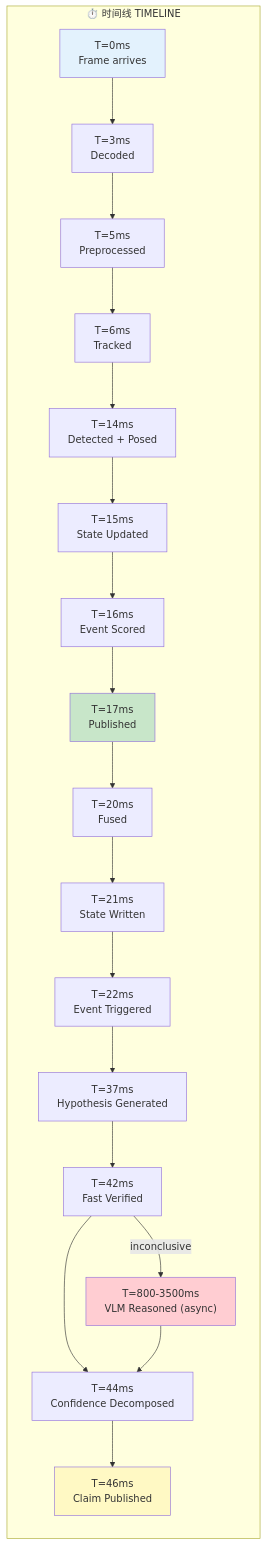
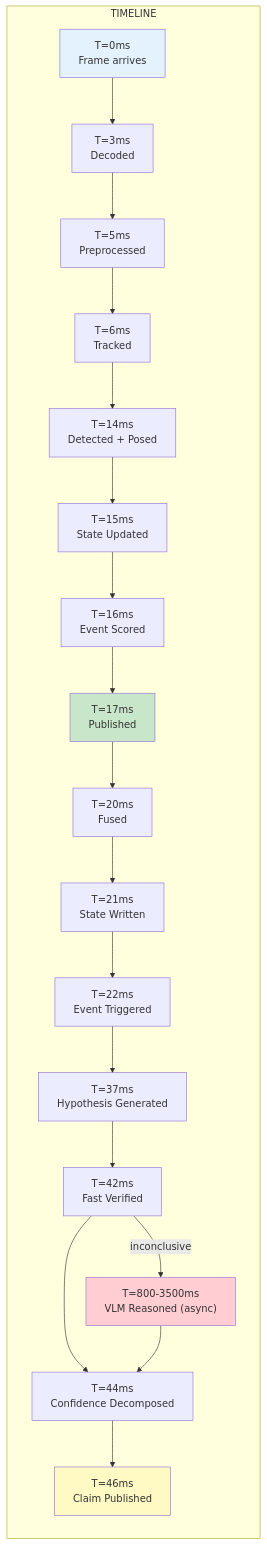
The second of 7 diagrams in 02_architecture/diagrams/04_master_architecture.md (patchyevolve/MULTImodalResoner-Rese), drawn with Mermaid before and after one commit. The commit also changed other lines of this file, not shown here.

First line of the commit message:
Fix master architecture diagrams: remove Chinese text, fix Mermaid syntax

````diff
--- a/02_architecture/diagrams/04_master_architecture.md
+++ b/02_architecture/diagrams/04_master_architecture.md
@@ -306,31 +235,31 @@
 ```mermaid
 graph LR
-    subgraph TIME["⏱️ 时间线 TIMELINE"]
+    subgraph TIMELINE["TIMELINE"]
         T0["T=0ms<br/>Frame arrives"]
         T3["T=3ms<br/>Decoded"]
         T5["T=5ms<br/>Preprocessed"]
         T6["T=6ms<br/>Tracked"]
         T14["T=14ms<br/>Detected + Posed"]
         T15["T=15ms<br/>State Updated"]
         T16["T=16ms<br/>Event Scored"]
         T17["T=17ms<br/>Published"]
         T20["T=20ms<br/>Fused"]
         T21["T=21ms<br/>State Written"]
         T22["T=22ms<br/>Event Triggered"]
         T37["T=37ms<br/>Hypothesis Generated"]
         T42["T=42ms<br/>Fast Verified"]
         T44["T=44ms<br/>Confidence Decomposed"]
         T46["T=46ms<br/>Claim Published"]
         T3500["T=800-3500ms<br/>VLM Reasoned (async)"]
     end
 
     T0 --> T3 --> T5 --> T6 --> T14 --> T15 --> T16 --> T17
     T17 --> T20 --> T21 --> T22
     T22 --> T37 --> T42 --> T44 --> T46
     T42 -->|inconclusive| T3500 --> T44
 
     style T0 fill:#e3f2fd
     style T17 fill:#c8e6c9
     style T46 fill:#fff9c4
     style T3500 fill:#ffcdd2
 ```
````
